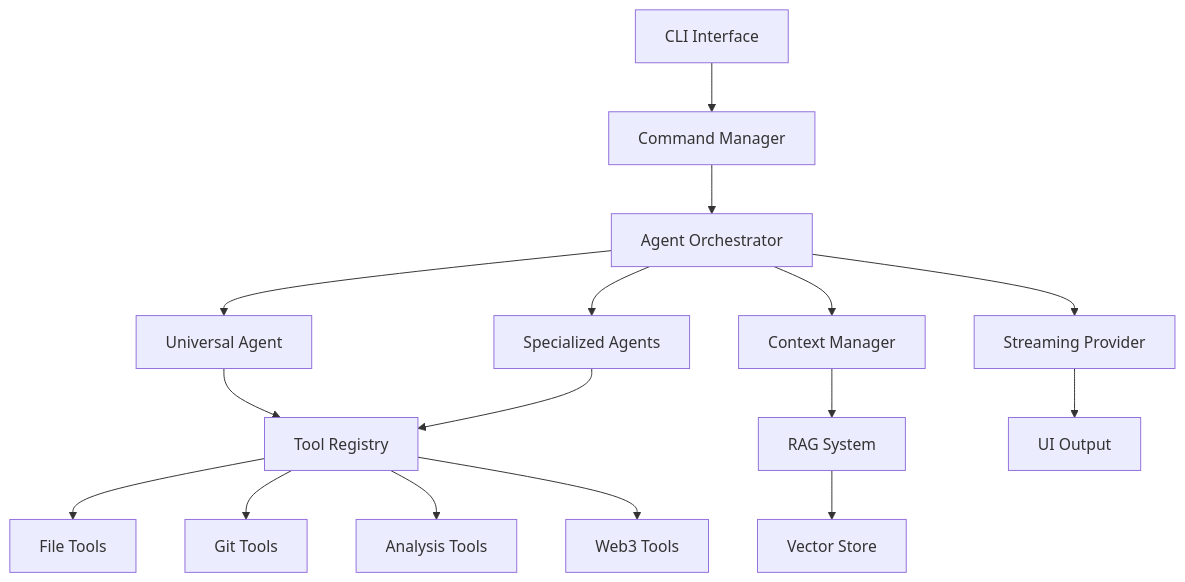
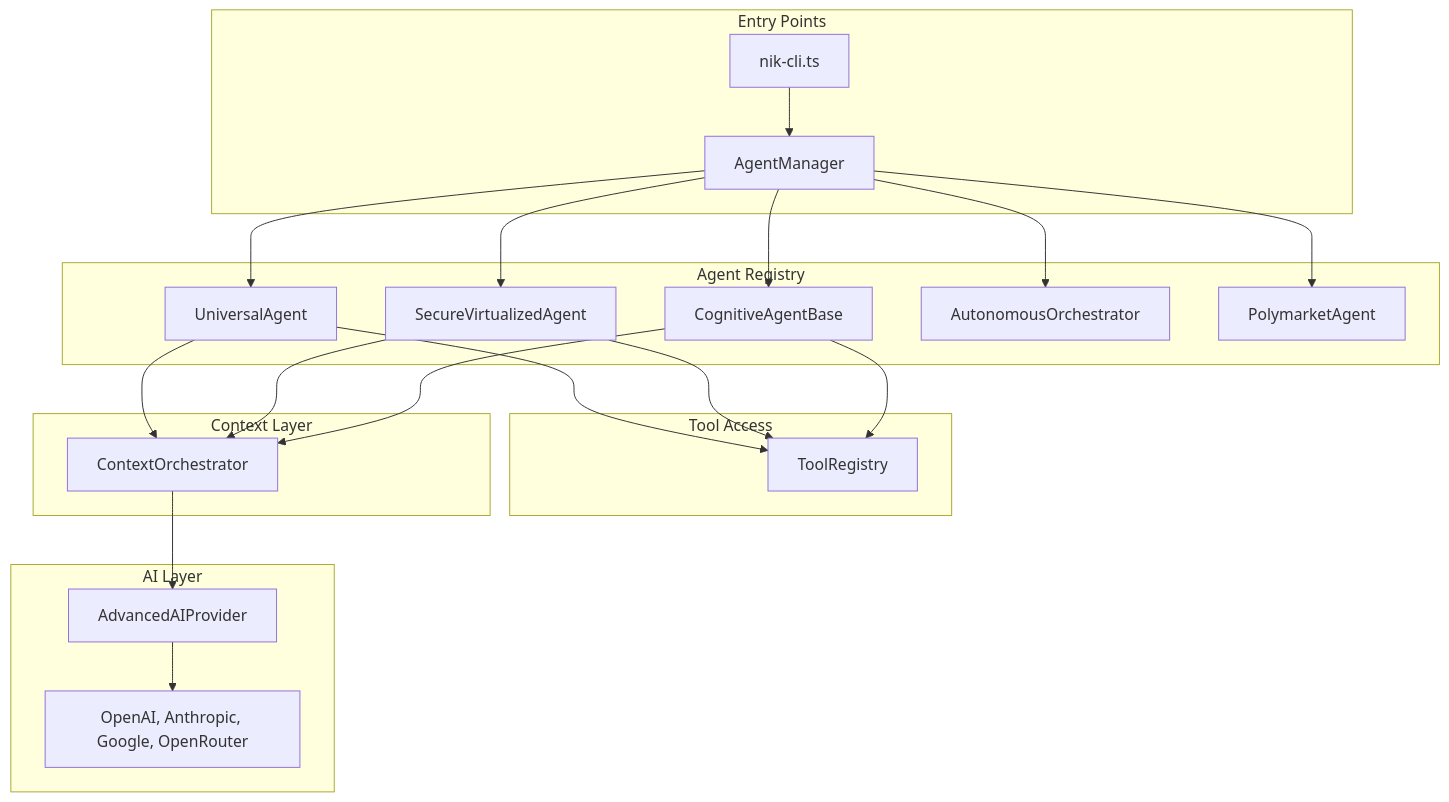
One commit to nikomatt69/nikcli-main changed the first of 2 diagrams in packages/docs/agent-system/overview.mdx. Above: the diagram before and after it, drawn with Mermaid. The commit also changed other lines of this file and 25 other files, not shown here.

First line of the commit message:
refactor: consolidate and update documentation for architecture and introduction

````diff
--- a/packages/docs/agent-system/overview.mdx
+++ b/packages/docs/agent-system/overview.mdx
@@ -13,22 +13,31 @@
 ```mermaid
 graph TB
-    CLI[CLI Interface] --> CM[Command Manager]
-    CM --> AO[Agent Orchestrator]
-    AO --> UA[Universal Agent]
-    AO --> SA[Specialized Agents]
+    subgraph "Entry Points"
+        CLI[nik-cli.ts] --> AM[AgentManager]
+    end
 
-    UA --> TR[Tool Registry]
-    SA --> TR
+    subgraph "Agent Registry"
+        AM --> UA[UniversalAgent]
+        AM --> VM[SecureVirtualizedAgent]
+        AM --> CA[CognitiveAgentBase]
+        AM --> AO[AutonomousOrchestrator]
+        AM --> PA[PolymarketAgent]
+    end
 
-    TR --> FT[File Tools]
-    TR --> GT[Git Tools]
-    TR --> AT[Analysis Tools]
-    TR --> W3[Web3 Tools]
+    subgraph "Tool Access"
+        UA --> TR[ToolRegistry]
+        VM --> TR
+        CA --> TR
+    end
 
-    AO --> CM2[Context Manager]
-    CM2 --> RAG[RAG System]
-    RAG --> VS[Vector Store]
+    subgraph "Context Layer"
+        UA --> CO[ContextOrchestrator]
+        VM --> CO
+        CA --> CO
+    end
 
-    AO --> SP[Streaming Provider]
-    SP --> UI[UI Output]
+    subgraph "AI Layer"
+        CO --> AI[AdvancedAIProvider]
+        AI --> Providers[OpenAI, Anthropic, Google, OpenRouter]
+    end
 ```
````
